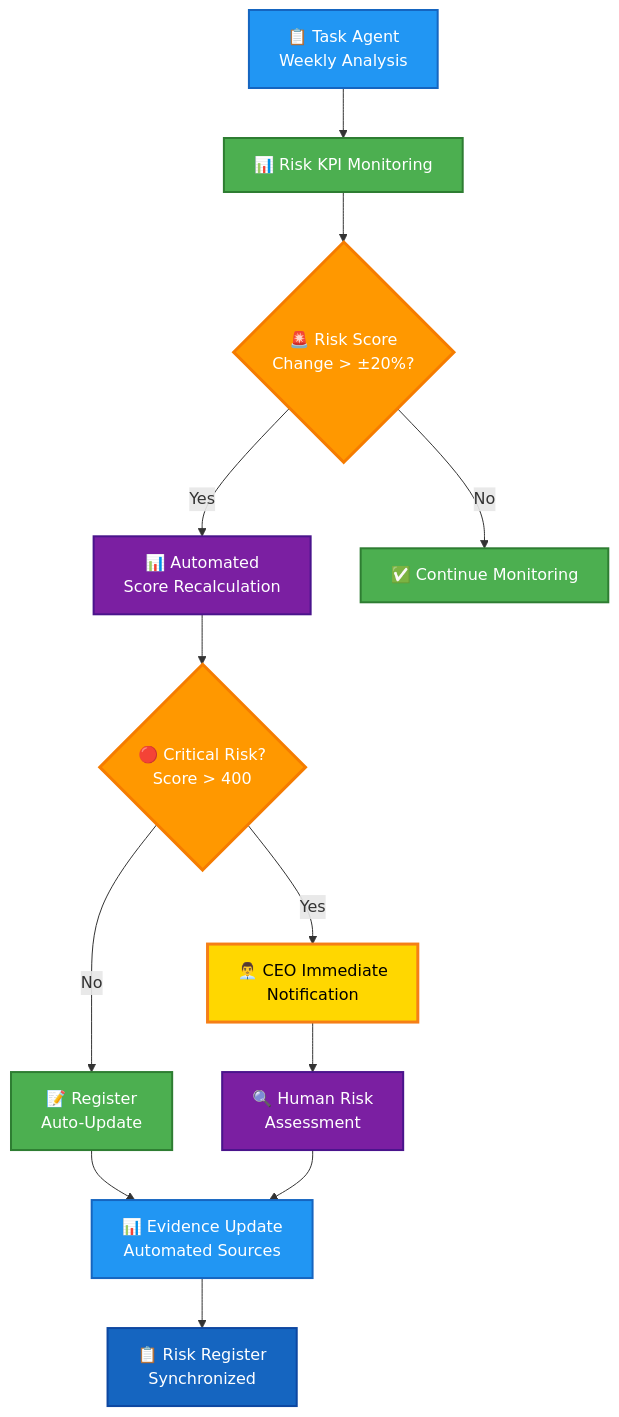
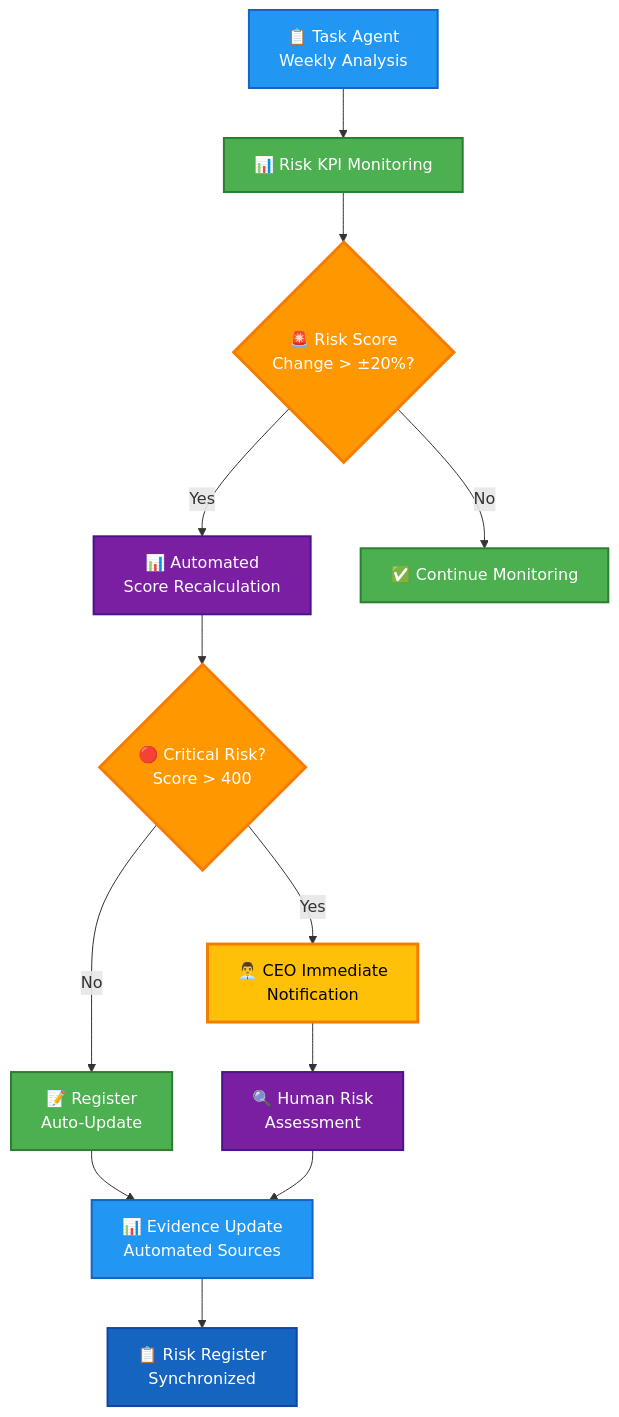
Before and after one commit to Hack23/ISMS-PUBLIC: the third of 4 diagrams in Risk_Register.md, drawn with Mermaid. The commit also changed other lines of this file and 18 other files, not shown here.

Commit message:
fix broken mermaid

````diff
--- a/Risk_Register.md
+++ b/Risk_Register.md
@@ -226,29 +226,29 @@
 ```mermaid
 flowchart TD
     TASK[📋 Task Agent<br/>Weekly Analysis] --> MONITOR[📊 Risk KPI Monitoring]
     MONITOR --> CHANGE{🚨 Risk Score<br/>Change > ±20%?}
     CHANGE -->|Yes| RECALC[📊 Automated<br/>Score Recalculation]
     CHANGE -->|No| CONTINUE[✅ Continue Monitoring]
     
     RECALC --> CRITICAL{🔴 Critical Risk?<br/>Score > 400}
     CRITICAL -->|Yes| CEO[👨‍💼 CEO Immediate<br/>Notification]
     CRITICAL -->|No| UPDATE[📝 Register<br/>Auto-Update]
     
     CEO --> REVIEW[🔍 Human Risk<br/>Assessment]
     UPDATE --> EVIDENCE[📊 Evidence Update<br/>Automated Sources]
     REVIEW --> EVIDENCE
     
     EVIDENCE --> REGISTER[📋 Risk Register<br/>Synchronized]
     
     style TASK fill:#2196F3,stroke:#1565C0,stroke-width:2px,color:#fff
     style MONITOR fill:#4CAF50,stroke:#2E7D32,stroke-width:2px,color:#fff
     style CHANGE fill:#FF9800,stroke:#F57C00,stroke-width:3px,color:#fff
     style RECALC fill:#7B1FA2,stroke:#4A148C,stroke-width:2px,color:#fff
     style CONTINUE fill:#4CAF50,stroke:#2E7D32,stroke-width:2px,color:#fff
     style CRITICAL fill:#FF9800,stroke:#F57C00,stroke-width:3px,color:#fff
-    style CEO fill:#FFD700,stroke:#F57F17,stroke-width:3px,color:#000
+    style CEO fill:#FFC107,stroke:#F57C00,stroke-width:3px,color:#000
     style UPDATE fill:#4CAF50,stroke:#2E7D32,stroke-width:2px,color:#fff
     style REVIEW fill:#7B1FA2,stroke:#4A148C,stroke-width:2px,color:#fff
     style EVIDENCE fill:#2196F3,stroke:#1565C0,stroke-width:2px,color:#fff
     style REGISTER fill:#1565C0,stroke:#0D47A1,stroke-width:2px,color:#fff
 ```
````
